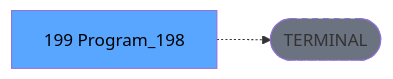
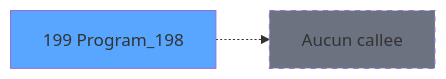
The third of 3 diagrams in .openspec/specs/ADH-IDE-199.md (thonyAGP/magic-migration), drawn with Mermaid before and after one commit. The commit also changed other lines of this file and 493 other files, not shown here.

````diff
--- a/.openspec/specs/ADH-IDE-199.md
+++ b/.openspec/specs/ADH-IDE-199.md
@@ -138,8 +126,8 @@
 ```mermaid
 graph LR
-    T[199 Program_198]
-    TERM([TERMINAL])
-    T -.-> TERM
-    style TERM fill:#6b7280,stroke-dasharray: 5 5
-    style T fill:#58a6ff,color:#000
+    T199[199 Program_198]
+    style T199 fill:#58a6ff
+    NONE[Aucun callee]
+    T199 -.-> NONE
+    style NONE fill:#6b7280,stroke-dasharray: 5 5
 ```
````
